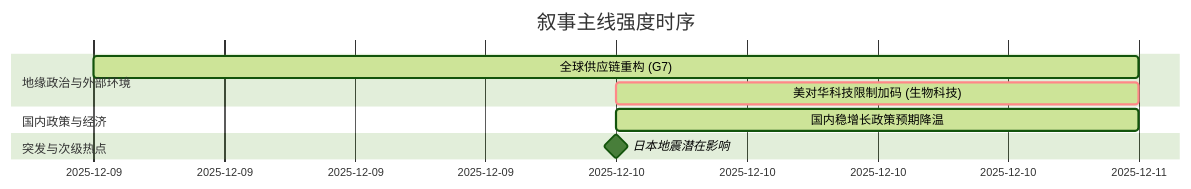
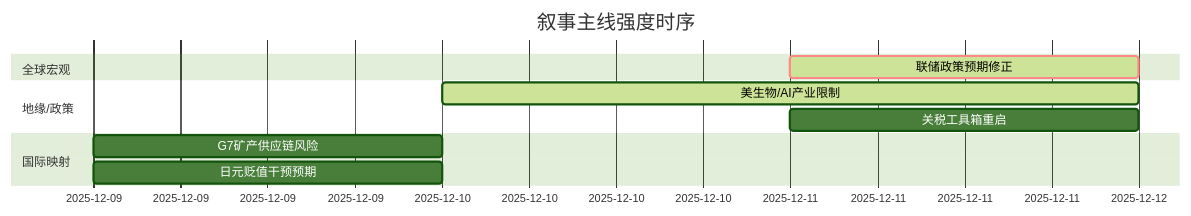
One commit to uu5zn/uu5zn.github.io changed the diagram in README.md. Above: the diagram before and after it, drawn with Mermaid (forest theme). The commit also changed other lines of this file and 23 other files, not shown here.

````diff
--- a/README.md
+++ b/README.md
@@ -57,15 +56,16 @@
 ```mermaid
 gantt
     title 叙事主线强度时序
     dateFormat  YYYY-MM-DD
-    section 地缘政治与外部环境
-    全球供应链重构 (G7)  :active, 2025-12-09, 2d
-    美对华科技限制加码 (生物科技) :crit, active, 2025-12-10, 1d
+    section 全球宏观
+    联储政策预期修正   :crit, active, 2025-12-11, 1d
     
-    section 国内政策与经济
-    国内稳增长政策预期降温 :active, 2025-12-10, 1d
+    section 地缘/政策
+    美生物/AI产业限制   :active, 2025-12-10, 2d
+    关税工具箱重启     :2025-12-11, 1d
     
-    section 突发与次级热点
-    日本地震潜在影响 :milestone, 2025-12-10, 0d
-    
+    section 国际映射
+    G7矿产供应链风险   :2025-12-09, 1d
+    日元贬值干预预期   :2025-12-09, 1d
+
 ```
````
